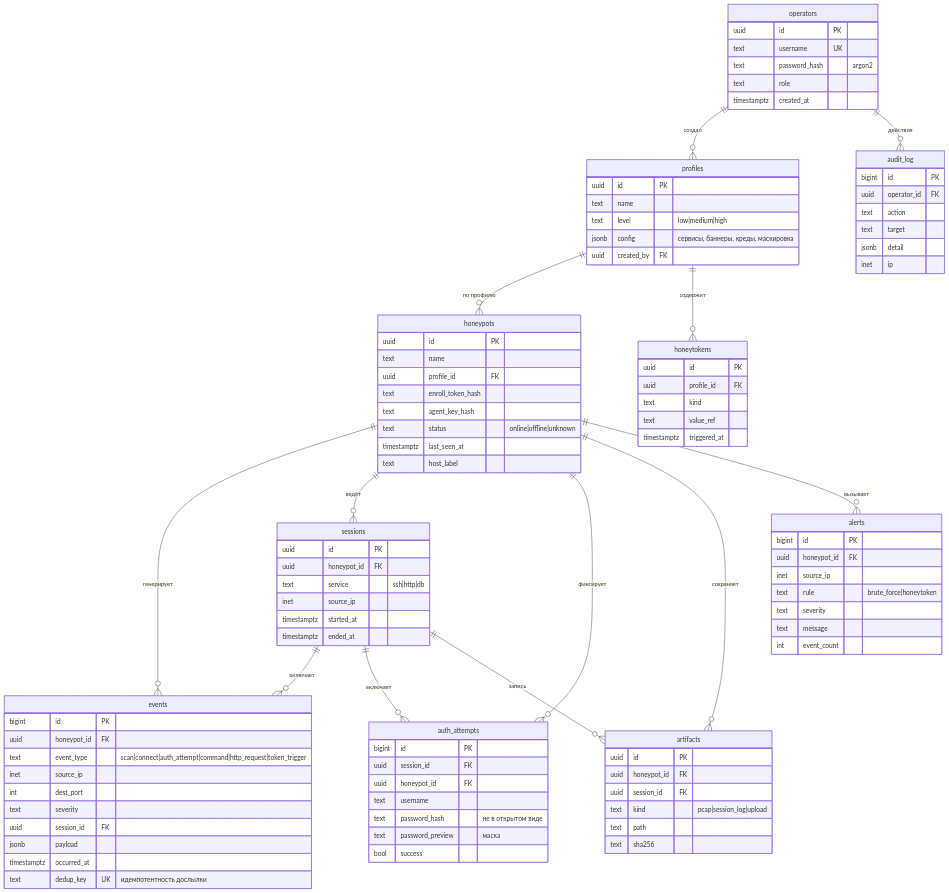
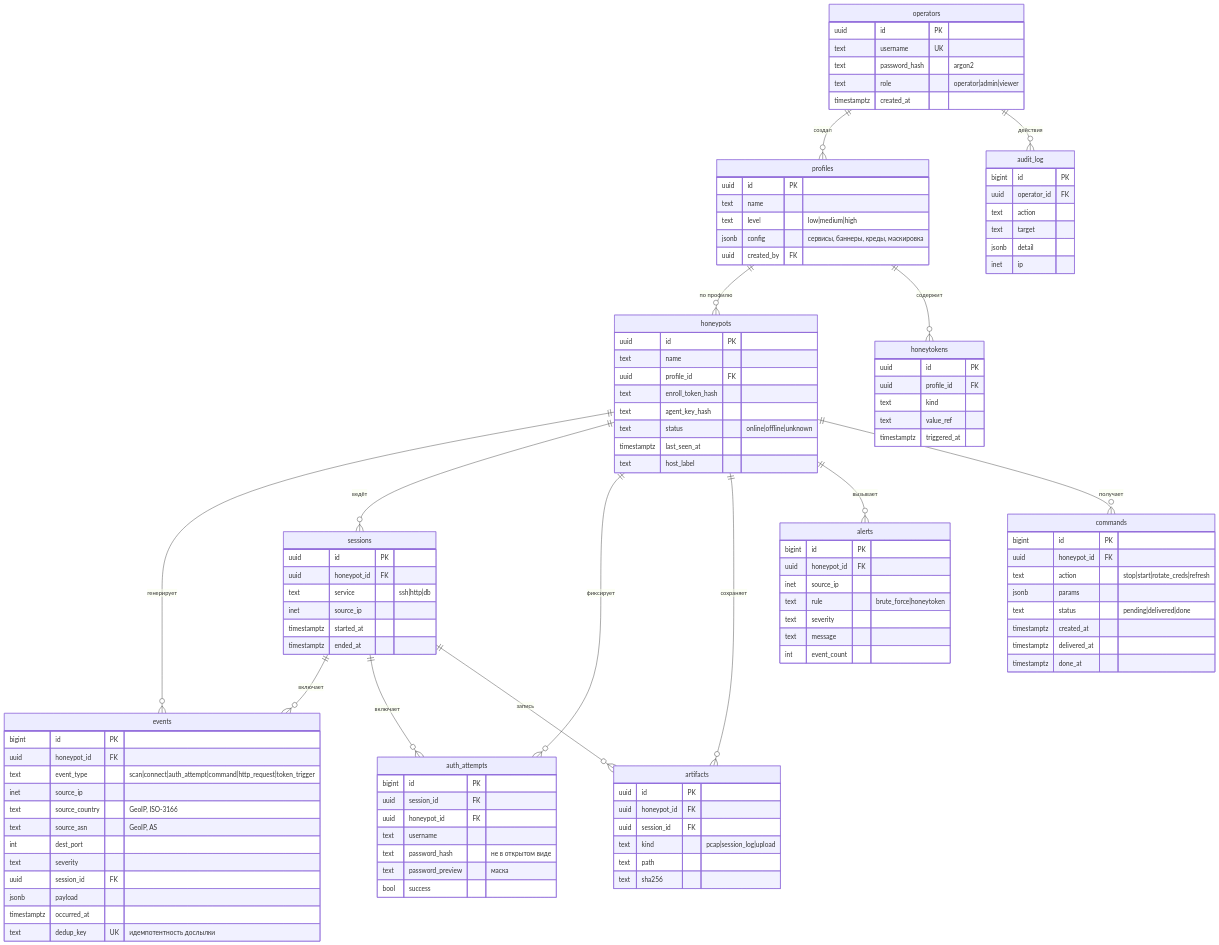
One commit to Try-To-Stay/HoneyForge_rep changed the diagram in docs/db-schema.md. Above: the diagram before and after it, drawn with Mermaid. The commit also changed 5 other files, not shown here.

```diff
--- a/docs/db-schema.md
+++ b/docs/db-schema.md
@@ -14,6 +14,7 @@
   honeypots ||--o{ auth_attempts : "фиксирует"
   honeypots ||--o{ artifacts : "сохраняет"
   honeypots ||--o{ alerts : "вызывает"
+  honeypots ||--o{ commands : "получает"
   sessions  ||--o{ events : "включает"
   sessions  ||--o{ auth_attempts : "включает"
   sessions  ||--o{ artifacts : "запись"
@@ -22,7 +23,7 @@
     uuid id PK
     text username UK
     text password_hash "argon2"
-    text role
+    text role "operator|admin|viewer"
     timestamptz created_at
   }
   profiles {
@@ -47,6 +48,8 @@
     uuid honeypot_id FK
     text event_type "scan|connect|auth_attempt|command|http_request|token_trigger"
     inet source_ip
+    text source_country "GeoIP, ISO-3166"
+    text source_asn "GeoIP, AS<num>"
     int dest_port
     text severity
     uuid session_id FK
@@ -95,6 +98,16 @@
     text message
     int event_count
   }
+  commands {
+    bigint id PK
+    uuid honeypot_id FK
+    text action "stop|start|rotate_creds|refresh"
+    jsonb params
+    text status "pending|delivered|done"
+    timestamptz created_at
+    timestamptz delivered_at
+    timestamptz done_at
+  }
   audit_log {
     bigint id PK
     uuid operator_id FK
```
